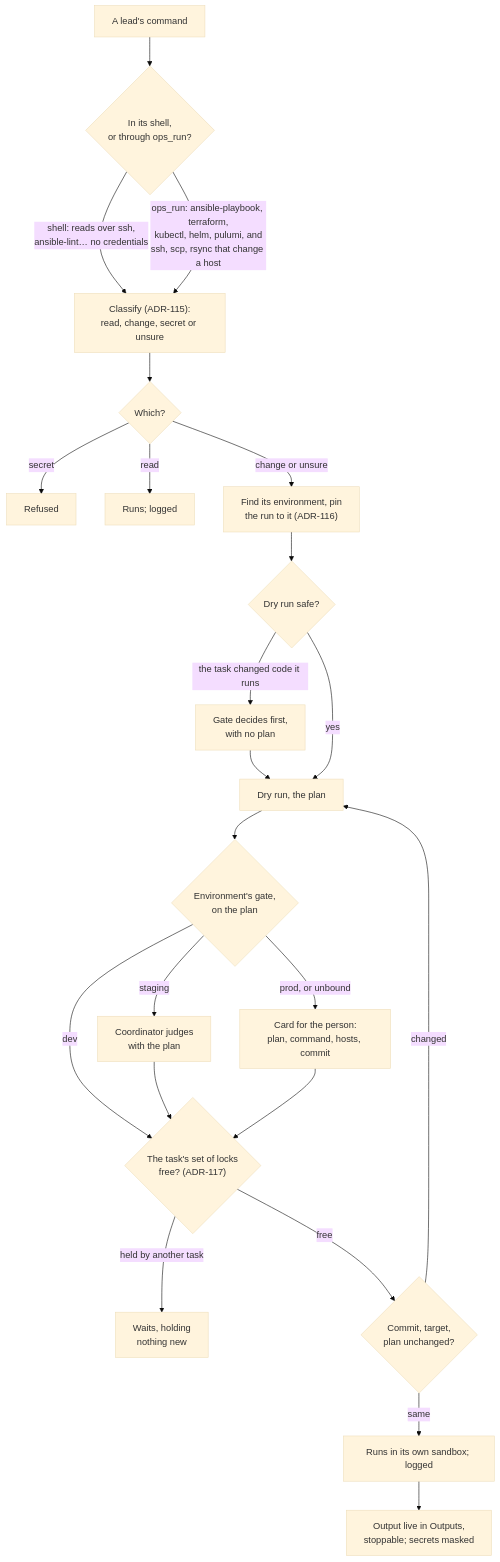
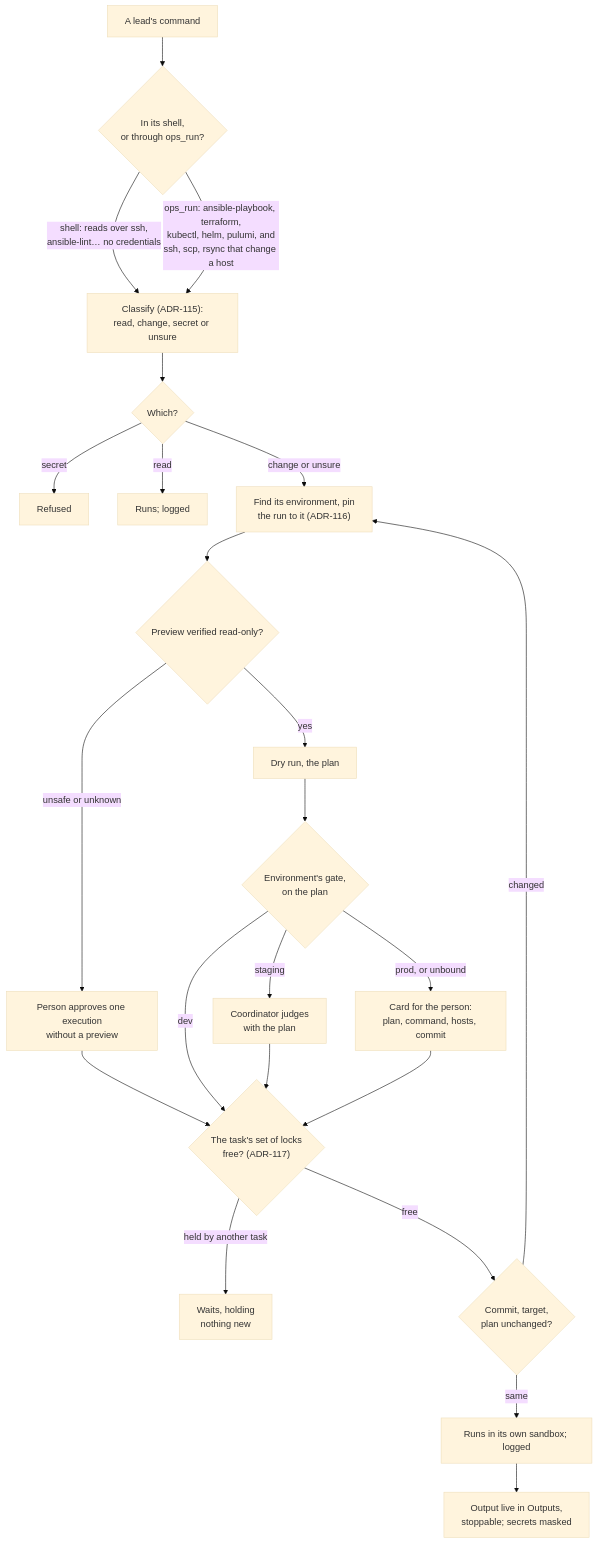
Before and after one commit to AltharIDE/althar: the second of 3 diagrams in docs/plans/ops-mode.md, drawn with Mermaid (base theme). The commit also changed other lines of this file and 5 other files, not shown here.

````diff
--- a/docs/plans/ops-mode.md
+++ b/docs/plans/ops-mode.md
@@ -120,22 +120,22 @@
 ```mermaid
 flowchart TB
   C["A lead's command"] --> S{"In its shell,<br/>or through ops_run?"}
   S -->|"shell: reads over ssh,<br/>ansible-lint… no credentials"| R
   S -->|"ops_run: ansible-playbook, terraform,<br/>kubectl, helm, pulumi, and<br/>ssh, scp, rsync that change a host"| R
   R["Classify (ADR-115):<br/>read, change, secret or unsure"] --> K{"Which?"}
   K -->|secret| X["Refused"]
   K -->|read| G["Runs; logged"]
   K -->|"change or unsure"| E["Find its environment, pin<br/>the run to it (ADR-116)"]
-  E --> D{"Dry run safe?"}
-  D -->|"the task changed code it runs"| GATE0["Gate decides first,<br/>with no plan"] --> PL
+  E --> D{"Preview verified read-only?"}
+  D -->|"unsafe or unknown"| GATE0["Person approves one execution<br/>without a preview"] --> L
   D -->|yes| PL["Dry run, the plan"]
   PL --> GATE{"Environment's gate,<br/>on the plan"}
   GATE -->|dev| L
   GATE -->|staging| J["Coordinator judges<br/>with the plan"] --> L
   GATE -->|"prod, or unbound"| P["Card for the person:<br/>plan, command, hosts, commit"] --> L
   L{"The task's set of locks<br/>free? (ADR-117)"} -->|"held by another task"| W["Waits, holding<br/>nothing new"]
   L -->|free| F{"Commit, target,<br/>plan unchanged?"}
-  F -->|changed| PL
+  F -->|changed| E
   F -->|same| G2["Runs in its own sandbox; logged"]
   G2 --> OUT["Output live in Outputs,<br/>stoppable; secrets masked"]
 ```
````
